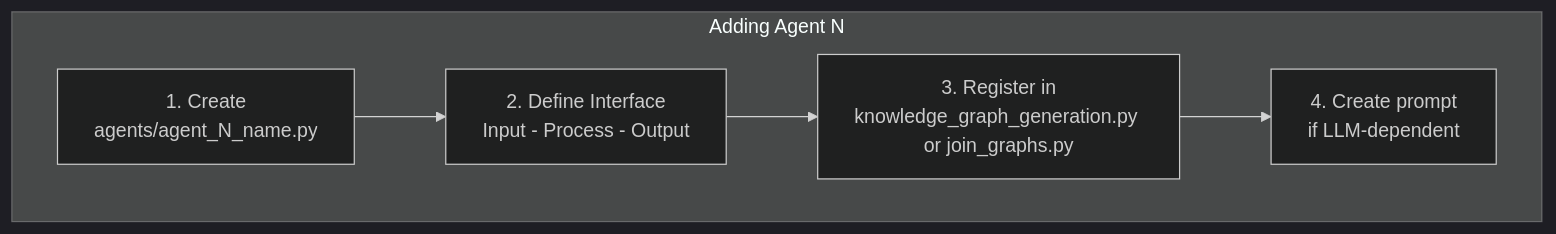
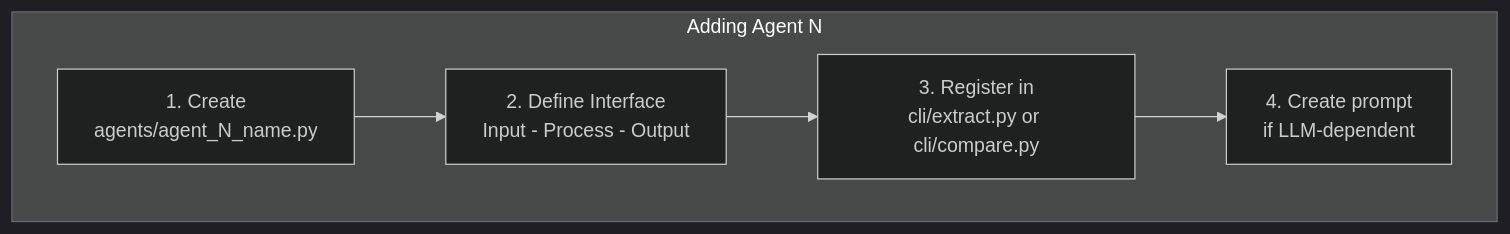
Diagram 13 of 14 in apps/pipeline/docs/ARCHITECTURE.md (rrahimi-uci/policy-to-knowledge), drawn with Mermaid (dark theme) before and after one commit. The commit also changed other lines of this file and 59 other files, not shown here.

````diff
--- a/apps/pipeline/docs/ARCHITECTURE.md
+++ b/apps/pipeline/docs/ARCHITECTURE.md
@@ -417,11 +417,11 @@
 ```mermaid
 flowchart TB
     subgraph NewAgent["Adding Agent N"]
         CREATE["1. Create<br/>agents/agent_N_name.py"]
         INTERFACE["2. Define Interface<br/>Input - Process - Output"]
-        REGISTER["3. Register in<br/>knowledge_graph_generation.py or join_graphs.py"]
+        REGISTER["3. Register in<br/>cli/extract.py or cli/compare.py"]
         PROMPT["4. Create prompt<br/>if LLM-dependent"]
     end
 
     CREATE --> INTERFACE --> REGISTER --> PROMPT
 ```
````
